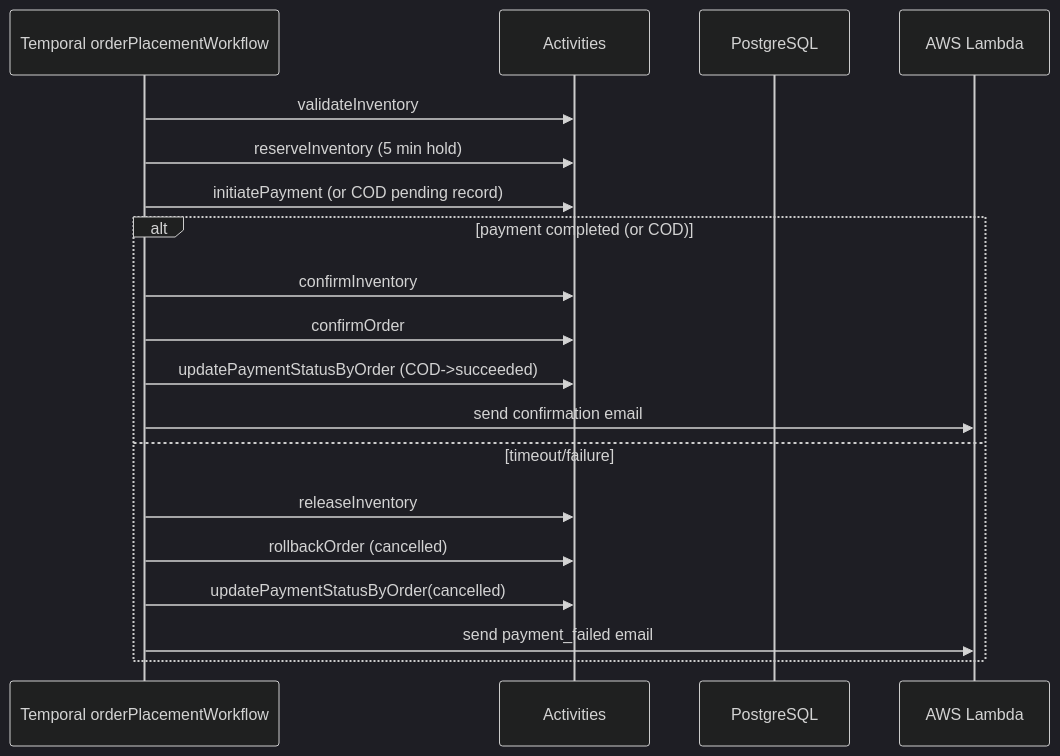
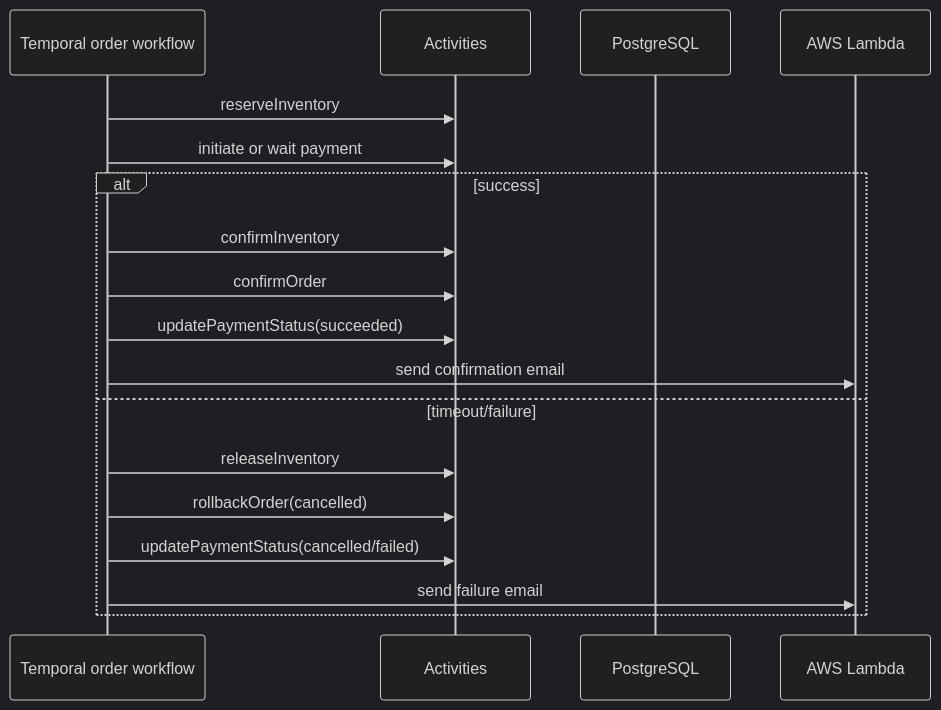
Before and after one commit to 007abishek/react-frontend: the sixth of 7 diagrams in SEQUENCE_DIAGRAMS.md, drawn with Mermaid (dark theme). The commit also changed other lines of this file and 24 other files, not shown here.

````diff
--- a/SEQUENCE_DIAGRAMS.md
+++ b/SEQUENCE_DIAGRAMS.md
@@ -131,23 +126,22 @@
 ```mermaid
 sequenceDiagram
-  participant T as Temporal orderPlacementWorkflow
+  participant T as Temporal order workflow
   participant A as Activities
   participant DB as PostgreSQL
   participant L as AWS Lambda
 
-  T->>A: validateInventory
-  T->>A: reserveInventory (5 min hold)
-  T->>A: initiatePayment (or COD pending record)
+  T->>A: reserveInventory
+  T->>A: initiate or wait payment
 
-  alt payment completed (or COD)
+  alt success
     T->>A: confirmInventory
     T->>A: confirmOrder
-    T->>A: updatePaymentStatusByOrder (COD->succeeded)
+    T->>A: updatePaymentStatus(succeeded)
     T->>L: send confirmation email
   else timeout/failure
     T->>A: releaseInventory
-    T->>A: rollbackOrder (cancelled)
-    T->>A: updatePaymentStatusByOrder(cancelled)
-    T->>L: send payment_failed email
+    T->>A: rollbackOrder(cancelled)
+    T->>A: updatePaymentStatus(cancelled/failed)
+    T->>L: send failure email
   end
 ```
````
